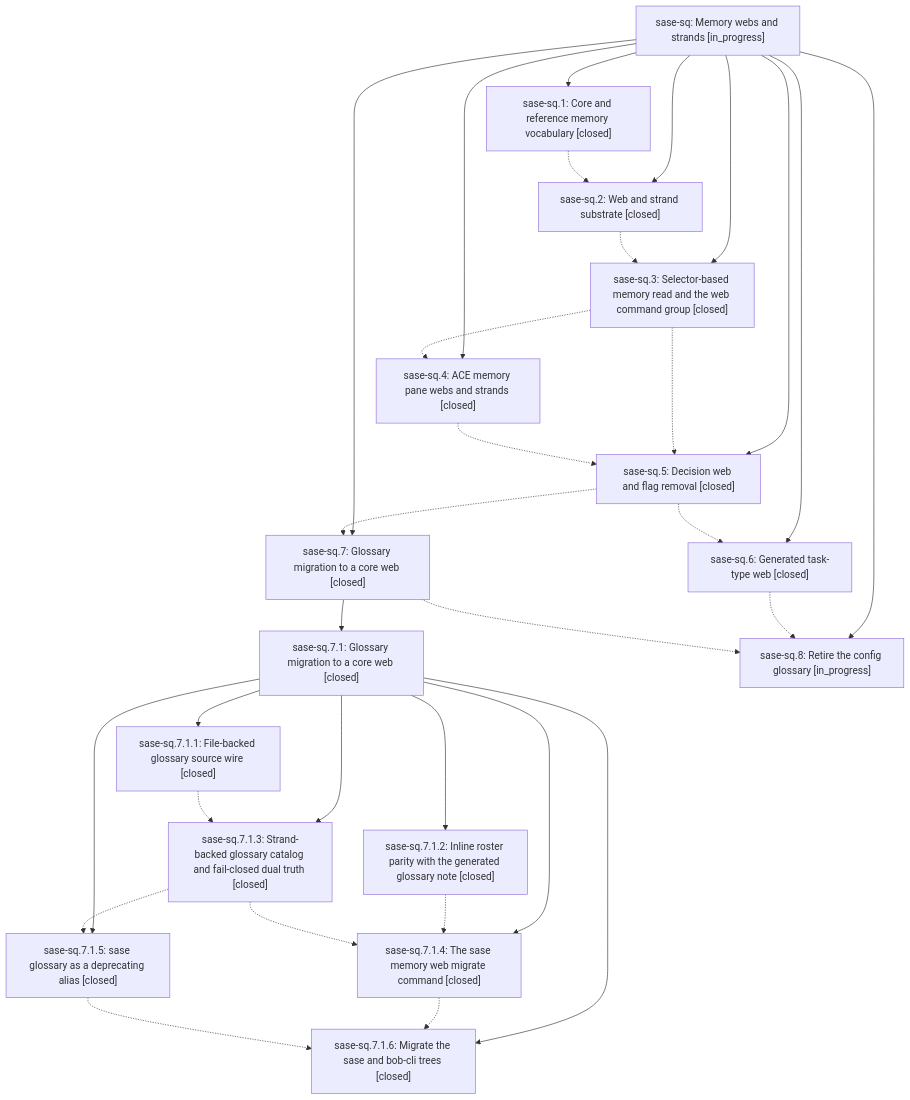
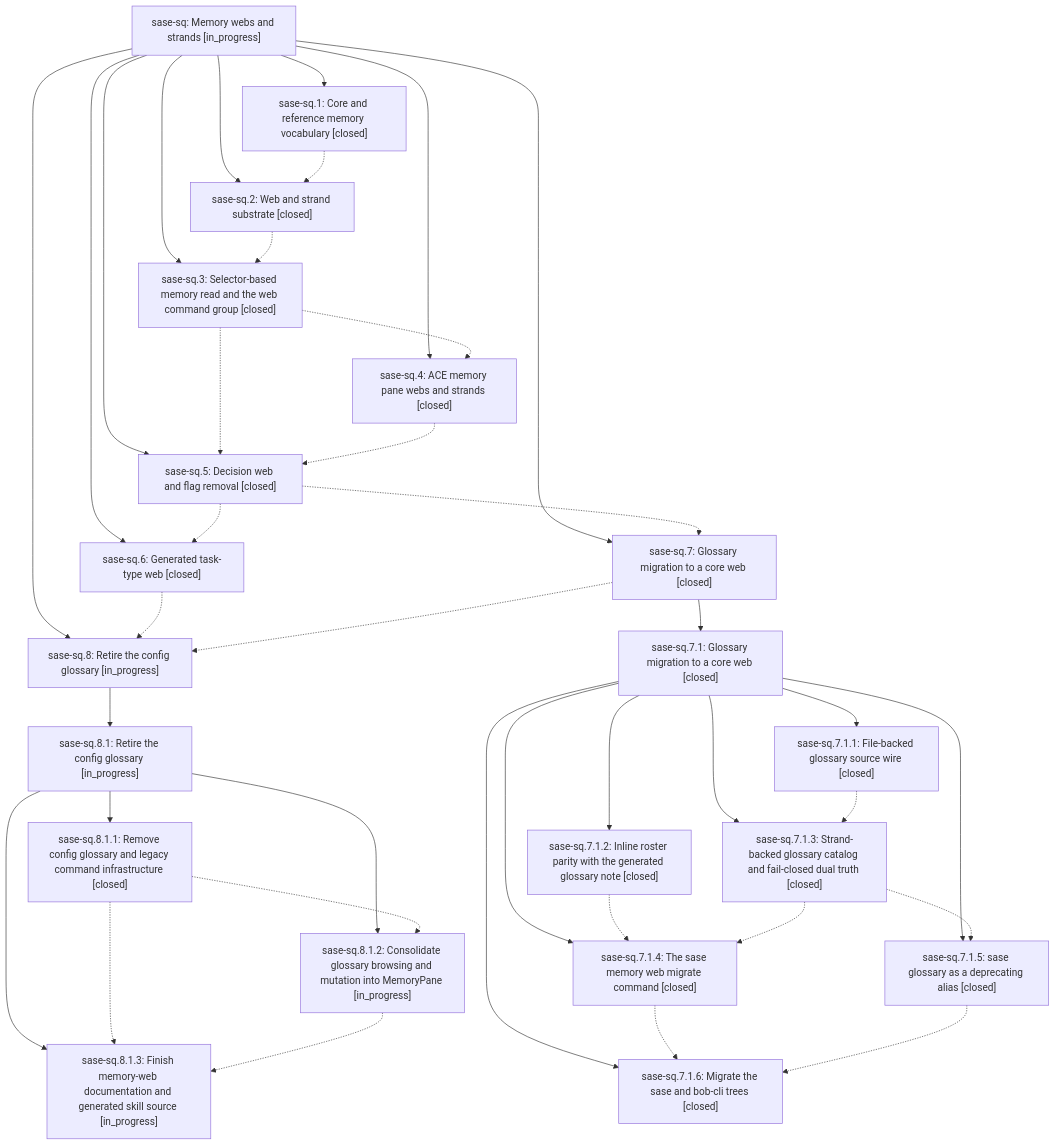
The diagram in pages/sase-sq/README.md (sase-org/sase--beads), drawn with Mermaid before and after one commit. The commit also changed other lines of this file and 5 other files, not shown here.

````diff
--- a/pages/sase-sq/README.md
+++ b/pages/sase-sq/README.md
@@ -37,49 +37,60 @@
 ```mermaid
 flowchart TD
     n0["sase-sq: Memory webs and strands [in_progress]"]
     n1["sase-sq.1: Core and reference memory vocabulary [closed]"]
     n2["sase-sq.2: Web and strand substrate [closed]"]
     n3["sase-sq.3: Selector-based memory read and the web command group [closed]"]
     n4["sase-sq.4: ACE memory pane webs and strands [closed]"]
     n5["sase-sq.5: Decision web and flag removal [closed]"]
     n6["sase-sq.6: Generated task-type web [closed]"]
     n7["sase-sq.7: Glossary migration to a core web [closed]"]
     n8["sase-sq.7.1: Glossary migration to a core web [closed]"]
     n9["sase-sq.7.1.1: File-backed glossary source wire [closed]"]
     n10["sase-sq.7.1.2: Inline roster parity with the generated glossary note [closed]"]
     n11["sase-sq.7.1.3: Strand-backed glossary catalog and fail-closed dual truth [closed]"]
     n12["sase-sq.7.1.4: The sase memory web migrate command [closed]"]
     n13["sase-sq.7.1.5: sase glossary as a deprecating alias [closed]"]
     n14["sase-sq.7.1.6: Migrate the sase and bob-cli trees [closed]"]
     n15["sase-sq.8: Retire the config glossary [in_progress]"]
+    n16["sase-sq.8.1: Retire the config glossary [in_progress]"]
+    n17["sase-sq.8.1.1: Remove config glossary and legacy command infrastructure [closed]"]
+    n18["sase-sq.8.1.2: Consolidate glossary browsing and mutation into MemoryPane [in_progress]"]
+    n19["sase-sq.8.1.3: Finish memory-web documentation and generated skill source [in_progress]"]
     n0 --> n1
     n0 --> n2
     n0 --> n3
     n0 --> n4
     n0 --> n5
     n0 --> n6
     n0 --> n7
     n7 --> n8
     n8 --> n9
     n8 --> n10
     n8 --> n11
     n8 --> n12
     n8 --> n13
     n8 --> n14
     n0 --> n15
+    n15 --> n16
+    n16 --> n17
+    n16 --> n18
+    n16 --> n19
     n1 -.-> n2
     n2 -.-> n3
     n3 -.-> n4
     n3 -.-> n5
     n4 -.-> n5
     n5 -.-> n6
     n5 -.-> n7
     n6 -.-> n15
     n7 -.-> n15
     n9 -.-> n11
     n10 -.-> n12
     n11 -.-> n12
     n11 -.-> n13
     n12 -.-> n14
     n13 -.-> n14
+    n17 -.-> n18
+    n17 -.-> n19
+    n18 -.-> n19
 ```
````
